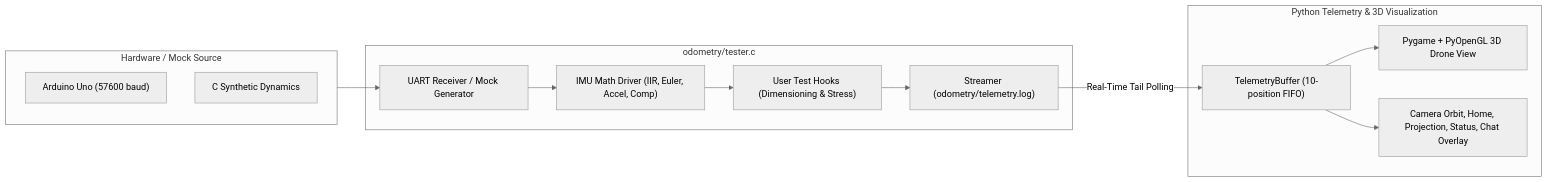
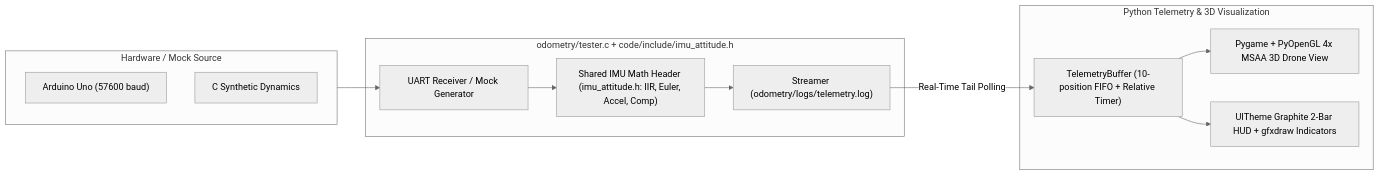
Before and after one commit to LucasDuarte026/drone_from_scratch: the third of 3 diagrams in docs/system_architecture.md, drawn with Mermaid (neutral theme). The commit also changed other lines of this file and 3 other files, not shown here.

First line of the commit message:
docs(release): bump version to 0.4.0 and document UITheme and SDD architecture

````diff
--- a/docs/system_architecture.md
+++ b/docs/system_architecture.md
@@ -248,26 +250,25 @@
 ```mermaid
 flowchart LR
     subgraph HW_Sim ["Hardware / Mock Source"]
         Arduino["Arduino Uno (57600 baud)"]
         MockSim["C Synthetic Dynamics"]
     end
 
-    subgraph TesterC ["odometry/tester.c"]
+    subgraph TesterC ["odometry/tester.c + code/include/imu_attitude.h"]
         HAL["UART Receiver / Mock Generator"]
-        MathPipe["IMU Math Driver (IIR, Euler, Accel, Comp)"]
-        TestHooks["User Test Hooks (Dimensioning & Stress)"]
-        StreamLog["Streamer (odometry/telemetry.log)"]
-        HAL --> MathPipe --> TestHooks --> StreamLog
+        MathPipe["Shared IMU Math Header (imu_attitude.h: IIR, Euler, Accel, Comp)"]
+        StreamLog["Streamer (odometry/logs/telemetry.log)"]
+        HAL --> MathPipe --> StreamLog
     end
 
     subgraph PythonStack ["Python Telemetry & 3D Visualization"]
-        Reader["TelemetryBuffer (10-position FIFO)"]
-        Sim3D["Pygame + PyOpenGL 3D Drone View"]
-        UIOverlays["Camera Orbit, Home, Projection, Status, Chat Overlay"]
+        Reader["TelemetryBuffer (10-position FIFO + Relative Timer)"]
+        Sim3D["Pygame + PyOpenGL 4x MSAA 3D Drone View"]
+        UIOverlays["UITheme Graphite 2-Bar HUD + gfxdraw Indicators"]
         Reader --> Sim3D
         Reader --> UIOverlays
     end
 
     HW_Sim --> HAL
     StreamLog -->|Real-Time Tail Polling| Reader
 ```
````
